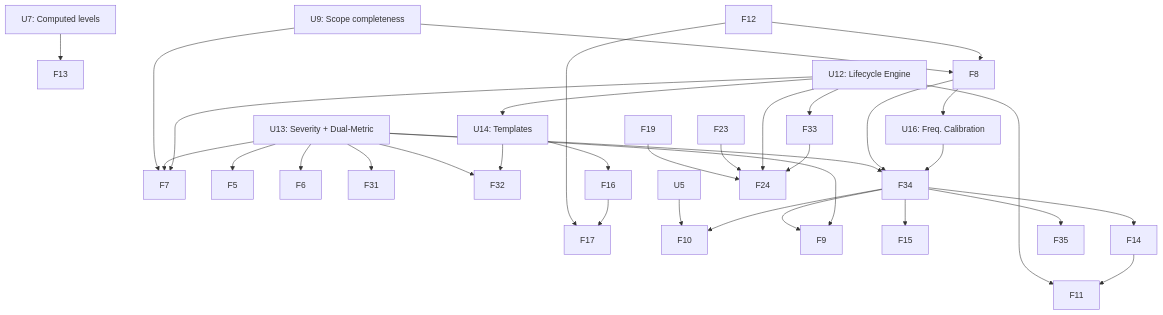
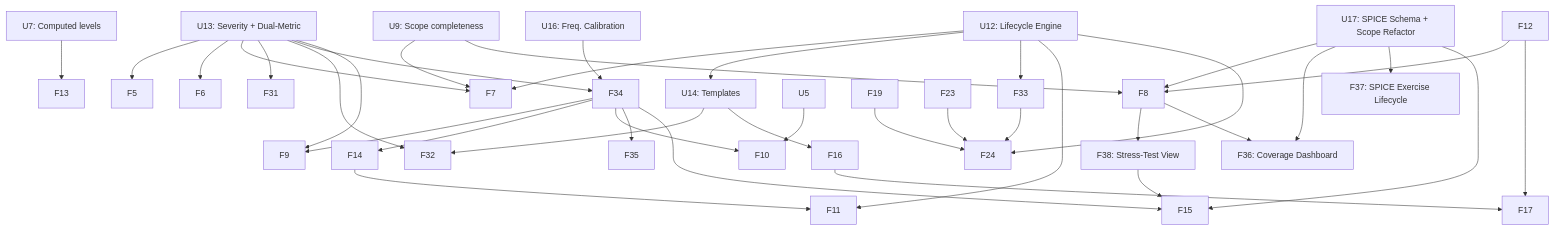
The diagram in ROADMAPv3.md (oallaire-cyber/RIM_Alpha), drawn with Mermaid before and after one commit. The commit also changed other lines of this file and 7 other files, not shown here.

````diff
--- a/ROADMAPv3.md
+++ b/ROADMAPv3.md
@@ -293,43 +659,49 @@
 ```mermaid
 graph TD
     U7[U7: Computed levels] --> F13
     U9[U9: Scope completeness] --> F7
     U9 --> F8
 
     U13[U13: Severity + Dual-Metric] --> F5
     U13 --> F6
     U13 --> F7
     U13 --> F31
     U13 --> F32
     U13 --> F34
 
     U12[U12: Lifecycle Engine] --> F7
     U12 --> U14
     U12 --> F33
     U12 --> F11
 
     U14[U14: Templates] --> F32
     U14 --> F16
 
     F12 --> F8
     F12 --> F17
     U5 --> F10
 
-    F8 --> F34
-    F8 --> U16[U16: Freq. Calibration]
-    U16 --> F34
+    U16[U16: Freq. Calibration] --> F34
     F34 --> F9
-    F34 --> F15
     F34 --> F14
     F34 --> F10
     F34 --> F35
     U13 --> F9
 
     F16 --> F17
     F14 --> F11
 
     F19 --> F24
     F23 --> F24
     U12 --> F24
     F33 --> F24
+
+    U17[U17: SPICE Schema + Scope Refactor] --> F8
+    U17 --> F36[F36: Coverage Dashboard]
+    U17 --> F37[F37: SPICE Exercise Lifecycle]
+    U17 --> F15
+    F8 --> F38[F38: Stress-Test View]
+    F8 --> F36
+    F34 --> F15
+    F38 --> F15
 ```
````
